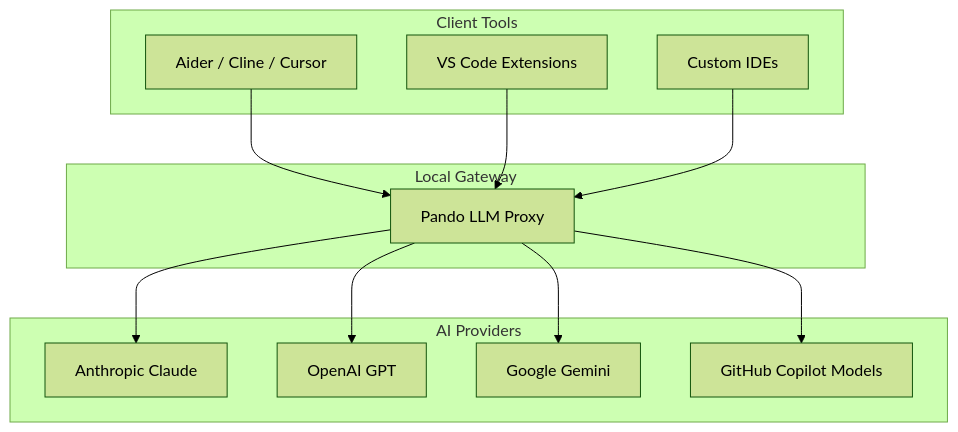
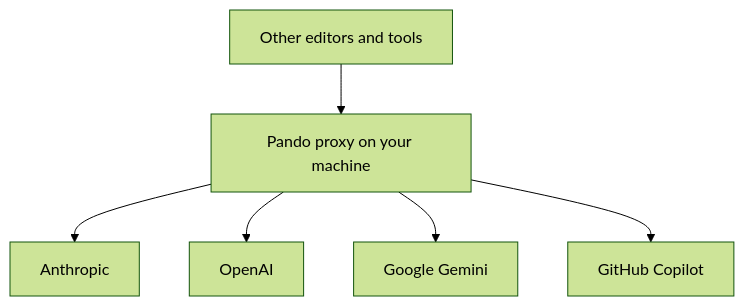
One commit to madeindigio/pando-docs changed the diagram in content/en/docs/features/llm-proxy.md. Above: the diagram before and after it, drawn with Mermaid (forest theme). The commit also changed other lines of this file and 216 other files, not shown here.

````diff
--- a/content/en/docs/features/llm-proxy.md
+++ b/content/en/docs/features/llm-proxy.md
@@ -14,28 +19,8 @@
 ```mermaid
 flowchart TD
-    subgraph Client Tools
-        Aider[Aider / Cline / Cursor]
-        VSCode[VS Code Extensions]
-        Other[Custom IDEs]
-    end
-
-    subgraph Local Gateway
-        PandoProxy[Pando LLM Proxy]
-    end
-
-    subgraph AI Providers
-        Anthropic[Anthropic Claude]
-        OpenAI[OpenAI GPT]
-        Gemini[Google Gemini]
-        Copilot[GitHub Copilot Models]
-    end
-
-    Aider --> PandoProxy
-    VSCode --> PandoProxy
-    Other --> PandoProxy
-
-    PandoProxy --> Anthropic
-    PandoProxy --> OpenAI
-    PandoProxy --> Gemini
-    PandoProxy --> Copilot
+    A[Other editors and tools] --> P[Pando proxy on your machine]
+    P --> B[Anthropic]
+    P --> C[OpenAI]
+    P --> D[Google Gemini]
+    P --> E[GitHub Copilot]
 ```
````
